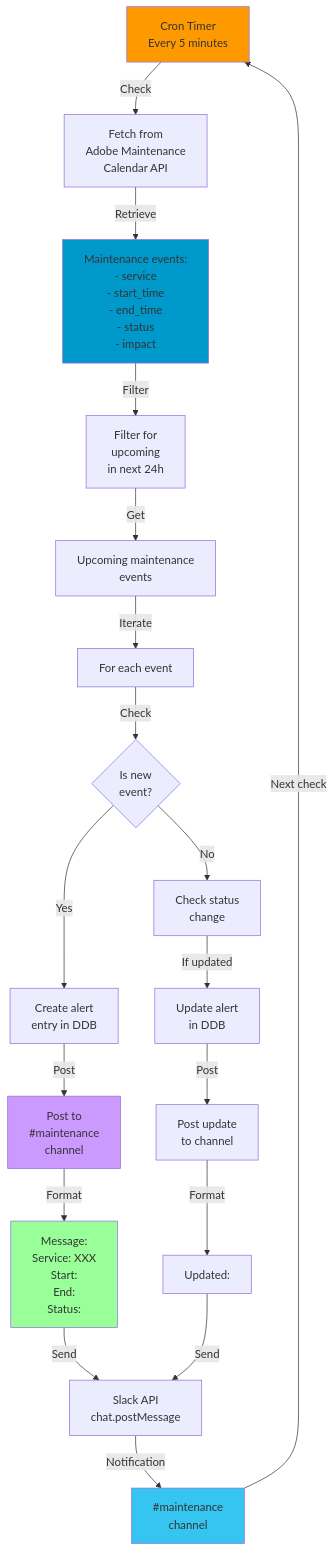
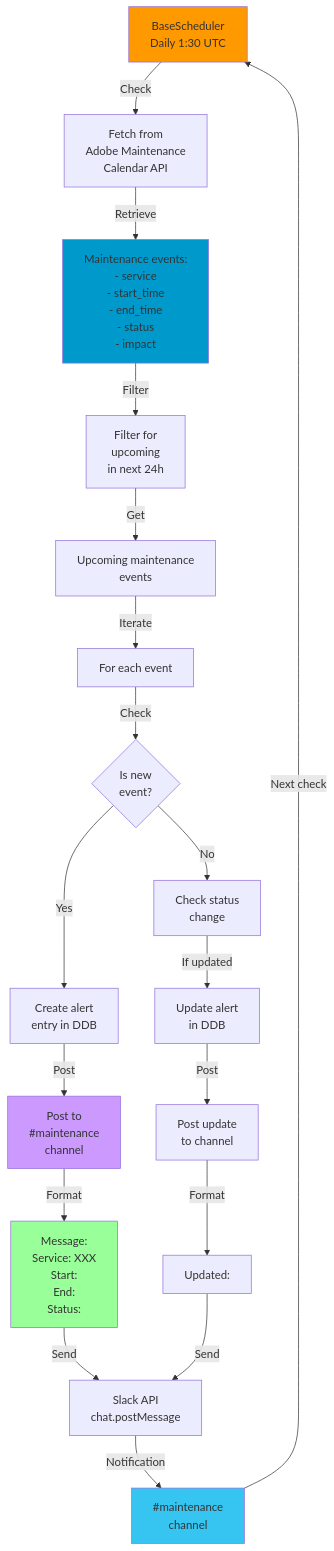
One commit to blueman82/mcp-exec changed the fourth of 7 diagrams in projects/ketchup/docs/diagrams/7-service-data-flows.md. Above: the diagram before and after it, drawn with Mermaid. The commit also changed other lines of this file and 36 other files, not shown here.

First line of the commit message:
feat: Phase 1 Scheduler Consolidation - BaseScheduler pattern with unified healthchecks

````diff
--- a/projects/ketchup/docs/diagrams/7-service-data-flows.md
+++ b/projects/ketchup/docs/diagrams/7-service-data-flows.md
@@ -127,44 +127,44 @@
 ```mermaid
 graph TD
-    Timer["Cron Timer<br/>Every 5 minutes"]
+    Timer["BaseScheduler<br/>Daily 1:30 UTC"]
 
     Timer -->|Check| FetchMaintenanceAPI["Fetch from<br/>Adobe Maintenance<br/>Calendar API"]
 
     FetchMaintenanceAPI -->|Retrieve| MaintData["Maintenance events:<br/>- service<br/>- start_time<br/>- end_time<br/>- status<br/>- impact"]
 
     MaintData -->|Filter| FilterUpcoming["Filter for<br/>upcoming<br/>in next 24h"]
 
     FilterUpcoming -->|Get| UpcomingList["Upcoming maintenance<br/>events"]
 
     UpcomingList -->|Iterate| EachEvent["For each event"]
 
     EachEvent -->|Check| IsNew{"Is new<br/>event?"}
 
     IsNew -->|Yes| CreateAlert["Create alert<br/>entry in DDB"]
 
     IsNew -->|No| CheckStatus["Check status<br/>change"]
 
     CreateAlert -->|Post| AlertSlack["Post to<br/>#maintenance<br/>channel"]
 
     CheckStatus -->|If updated| UpdateAlert["Update alert<br/>in DDB"]
 
     UpdateAlert -->|Post| UpdateSlack["Post update<br/>to channel"]
 
     AlertSlack -->|Format| Message["Message:<br/>Service: XXX<br/>Start: <time><br/>End: <time><br/>Status: <status>"]
 
     UpdateSlack -->|Format| UpdateMsg["Updated: <new_status>"]
 
     Message -->|Send| Slack["Slack API<br/>chat.postMessage"]
 
     UpdateMsg -->|Send| Slack
 
     Slack -->|Notification| Channel["#maintenance<br/>channel"]
 
     Channel -->|Next check| Timer
 
     style Timer fill:#ff9900
     style MaintData fill:#0099cc
     style AlertSlack fill:#cc99ff
     style Message fill:#99ff99
     style Channel fill:#36c5f0
 ```
````
